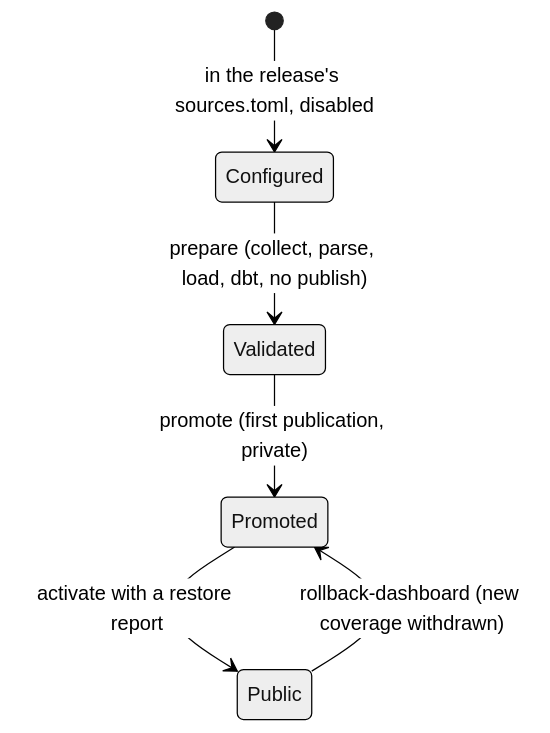
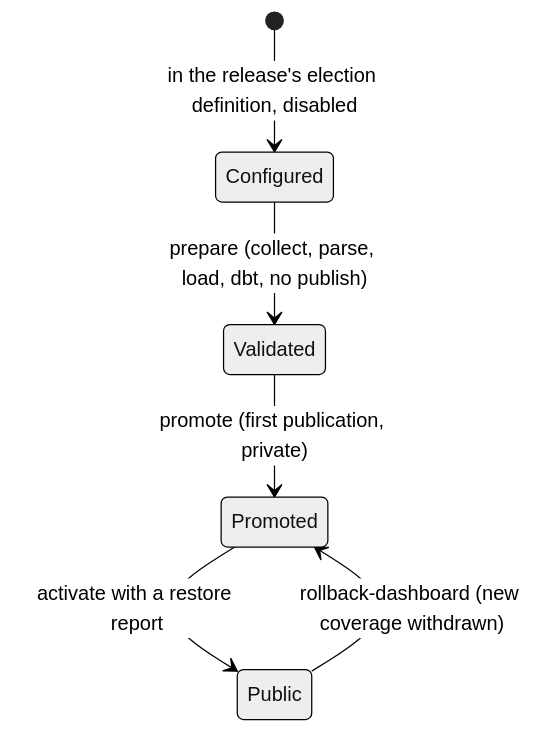
One commit to Naman4561/us-election-results-pipeline changed the third of 5 diagrams in docs/architecture/operations.md. Above: the diagram before and after it, drawn with Mermaid (neutral theme). The commit also changed other lines of this file and 71 other files, not shown here.

````diff
--- a/docs/architecture/operations.md
+++ b/docs/architecture/operations.md
@@ -52,8 +52,8 @@
 ```mermaid
 stateDiagram-v2
-    [*] --> Configured: in the release's sources.toml, disabled
+    [*] --> Configured: in the release's election definition, disabled
     Configured --> Validated: prepare (collect, parse, load, dbt, no publish)
     Validated --> Promoted: promote (first publication, private)
     Promoted --> Public: activate with a restore report
     Public --> Promoted: rollback-dashboard (new coverage withdrawn)
 ```
````
